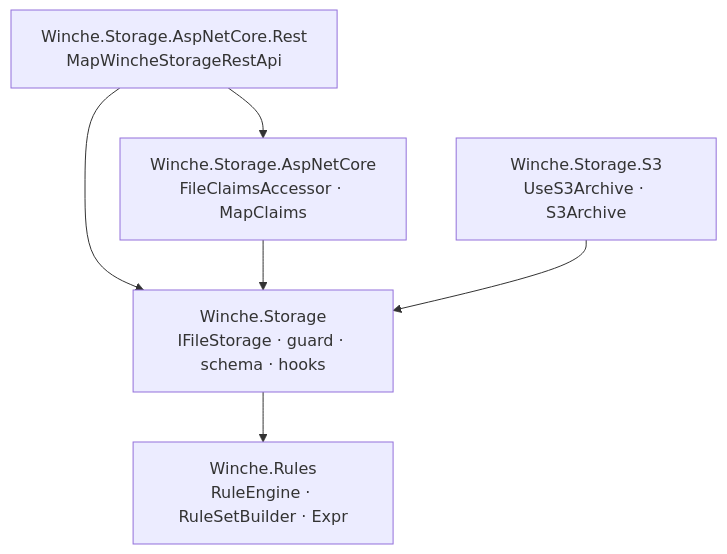
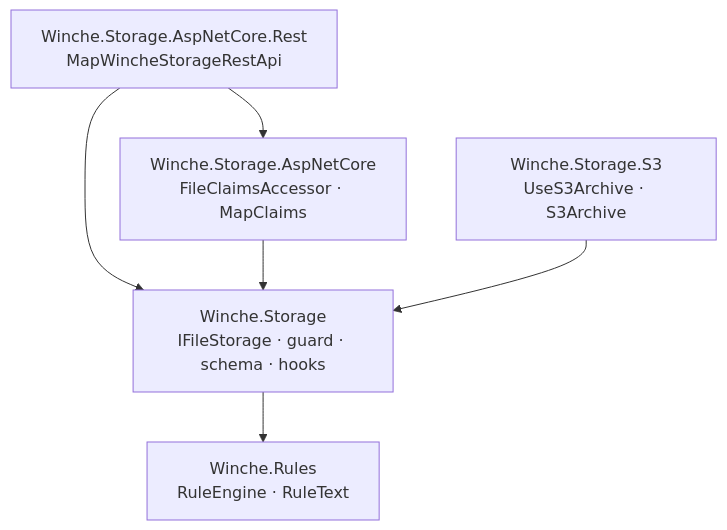
The first of 6 diagrams in README.md (FlameOfUdun/winche-storage), drawn with Mermaid before and after one commit. The commit also changed other lines of this file and 8 other files, not shown here.

First line of the commit message:
feat!: rules from text only — UseRulesFile/UseRulesText replace the C# builder (9.0.0)

````diff
--- a/README.md
+++ b/README.md
@@ -20,14 +20,14 @@
 ```mermaid
 flowchart TD
     Rest["Winche.Storage.AspNetCore.Rest<br/>MapWincheStorageRestApi"]
     Base["Winche.Storage.AspNetCore<br/>FileClaimsAccessor · MapClaims"]
     S3["Winche.Storage.S3<br/>UseS3Archive · S3Archive"]
     Core["Winche.Storage<br/>IFileStorage · guard · schema · hooks"]
-    Rules["Winche.Rules<br/>RuleEngine · RuleSetBuilder · Expr"]
+    Rules["Winche.Rules<br/>RuleEngine · RuleText"]
 
     Rest --> Base
     Rest --> Core
     Base --> Core
     S3 --> Core
     Core --> Rules
 ```
````
